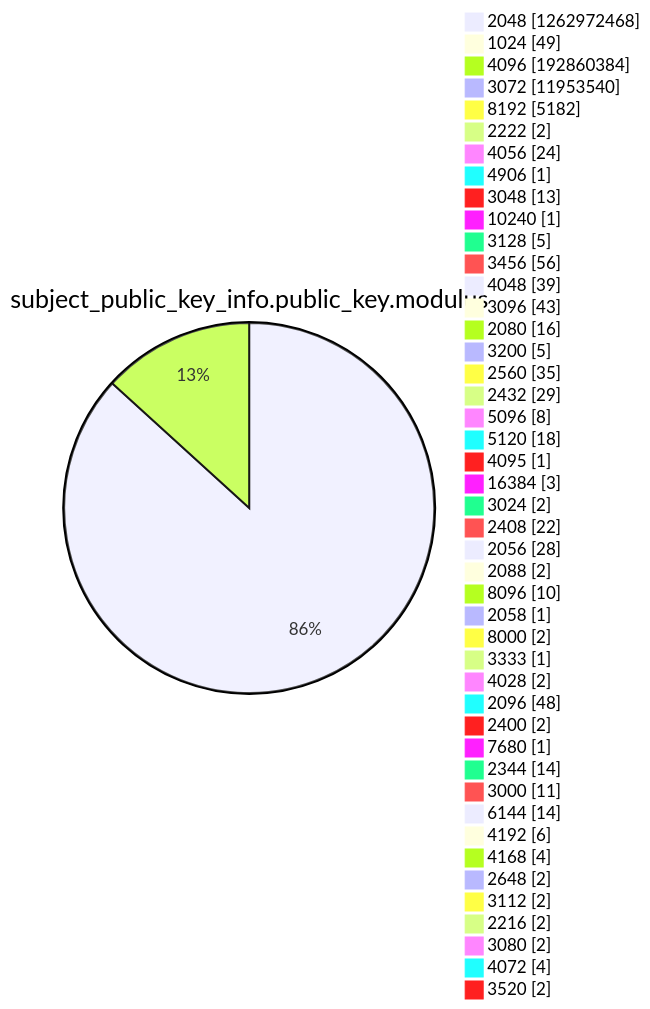
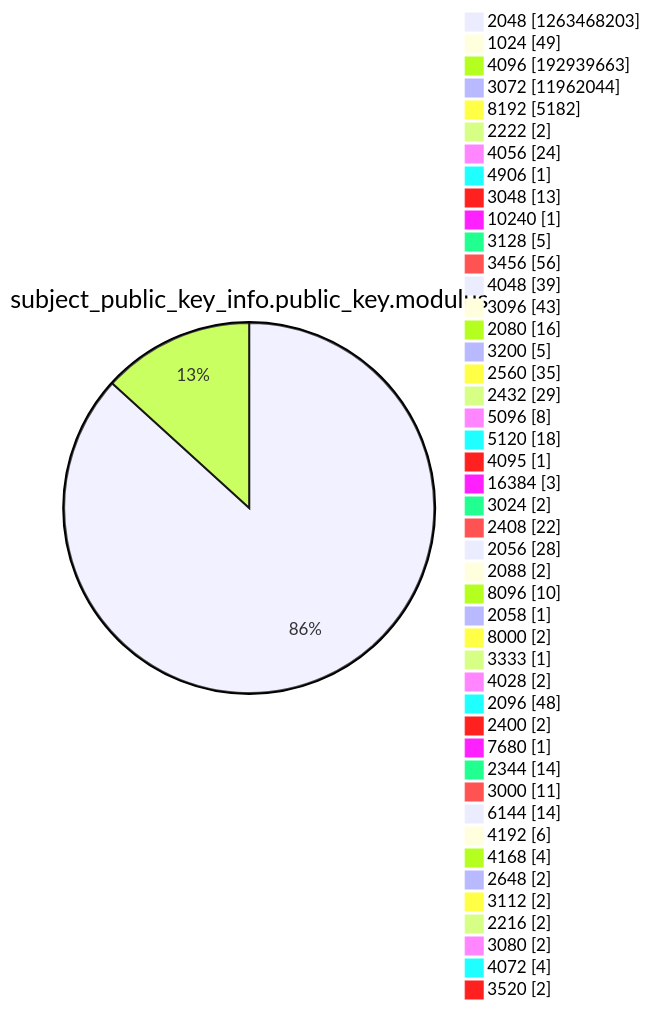
One commit to christiankrug/ctmonitor_visualization changed diagram 13 of 15 in xenon2022/README.md. Above: the diagram before and after it, drawn with Mermaid. The commit also changed other lines of this file, not shown here.

````diff
--- a/xenon2022/README.md
+++ b/xenon2022/README.md
@@ -3920,49 +3920,49 @@
 ```mermaid
 pie showData
 title subject_public_key_info.public_key.modulus
-"2048" :1262972468
+"2048" :1263468203
 "1024" :49
-"4096" :192860384
-"3072" :11953540
+"4096" :192939663
+"3072" :11962044
 "8192" :5182
 "2222" :2
 "4056" :24
 "4906" :1
 "3048" :13
 "10240" :1
 "3128" :5
 "3456" :56
 "4048" :39
 "3096" :43
 "2080" :16
 "3200" :5
 "2560" :35
 "2432" :29
 "5096" :8
 "5120" :18
 "4095" :1
 "16384" :3
 "3024" :2
 "2408" :22
 "2056" :28
 "2088" :2
 "8096" :10
 "2058" :1
 "8000" :2
 "3333" :1
 "4028" :2
 "2096" :48
 "2400" :2
 "7680" :1
 "2344" :14
 "3000" :11
 "6144" :14
 "4192" :6
 "4168" :4
 "2648" :2
 "3112" :2
 "2216" :2
 "3080" :2
 "4072" :4
 "3520" :2
 ```
````
